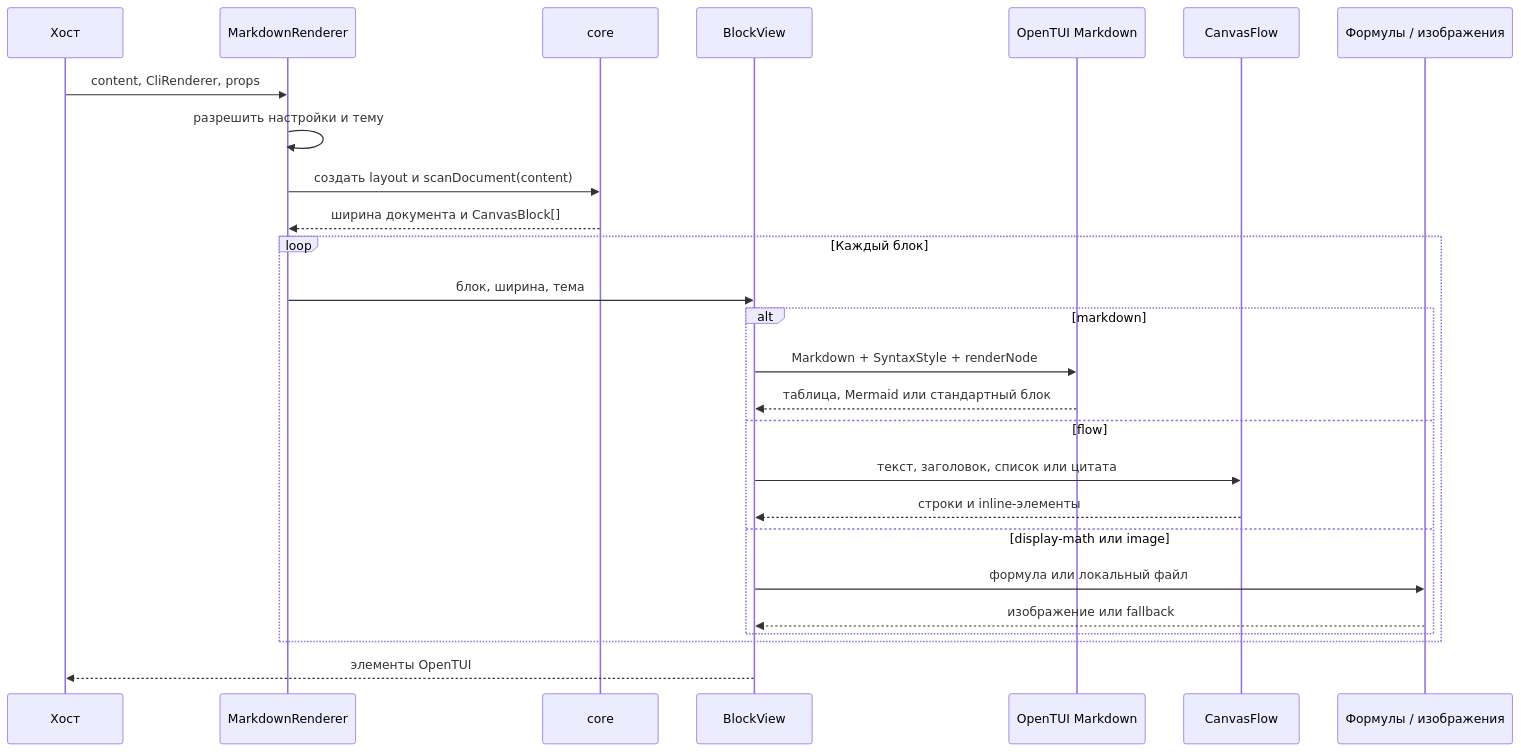
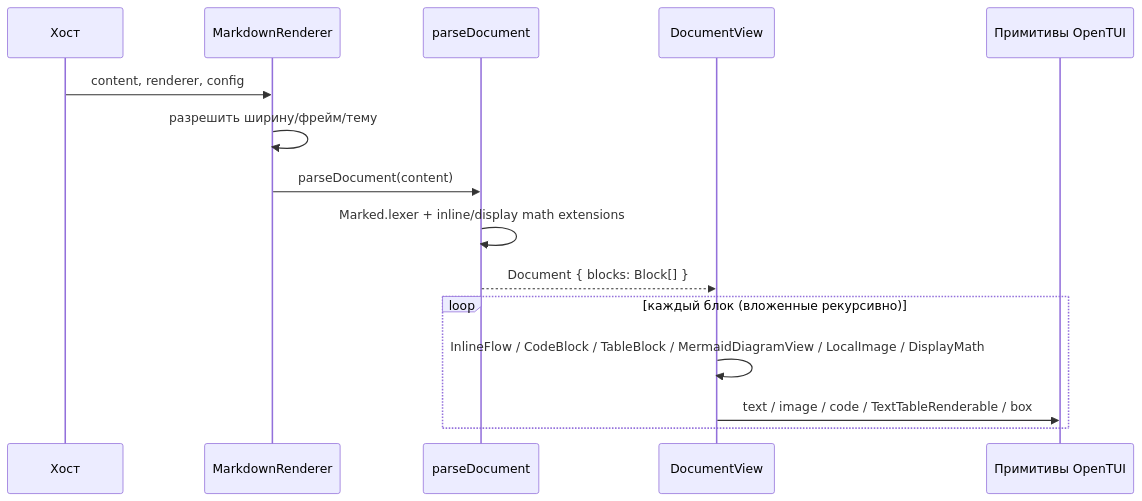
One commit to Desiment/opentui-markdown-render changed the diagram in architecture.md. Above: the diagram before and after it, drawn with Mermaid. The commit also changed other lines of this file and 20 other files, not shown here.

Commit message:
refactor: remove legacy markdown routing and document unified API

````diff
--- a/architecture.md
+++ b/architecture.md
@@ -20,29 +18,18 @@
 ```mermaid
 sequenceDiagram
     participant Host as Хост
     participant App as MarkdownRenderer
-    participant Core as core
-    participant View as BlockView
-    participant O as OpenTUI Markdown
-    participant F as CanvasFlow
-    participant Special as Формулы / изображения
+    participant Core as parseDocument
+    participant View as DocumentView
+    participant OpenTUI as Примитивы OpenTUI
 
-    Host->>App: content, CliRenderer, props
-    App->>App: разрешить настройки и тему
-    App->>Core: создать layout и scanDocument(content)
-    Core-->>App: ширина документа и CanvasBlock[]
-    loop Каждый блок
-        App->>View: блок, ширина, тема
-        alt markdown
-            View->>O: Markdown + SyntaxStyle + renderNode
-            O-->>View: таблица, Mermaid или стандартный блок
-        else flow
-            View->>F: текст, заголовок, список или цитата
-            F-->>View: строки и inline-элементы
-        else display-math или image
-            View->>Special: формула или локальный файл
-            Special-->>View: изображение или fallback
-        end
+    Host->>App: content, renderer, config
+    App->>App: разрешить ширину/фрейм/тему
+    App->>Core: parseDocument(content)
+    Core->>Core: Marked.lexer + inline/display math extensions
+    Core-->>View: Document { blocks: Block[] }
+    loop каждый блок (вложенные рекурсивно)
+        View->>View: InlineFlow / CodeBlock / TableBlock / MermaidDiagramView / LocalImage / DisplayMath
+        View->>OpenTUI: text / image / code / TextTableRenderable / box
     end
-    View-->>Host: элементы OpenTUI
 ```
````
